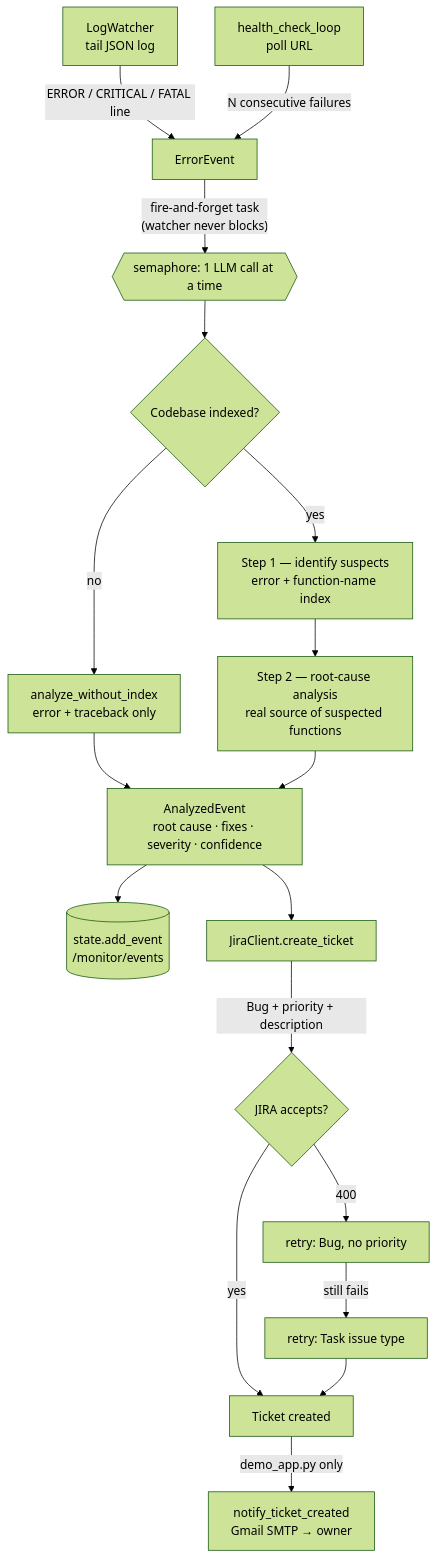
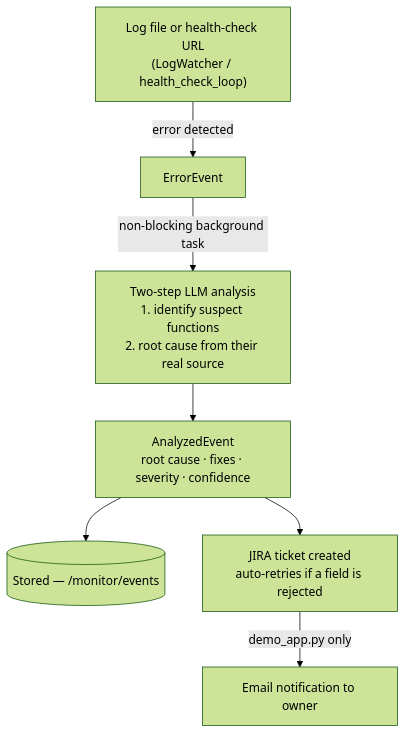
One commit to Nishikant090/debug-pipeline- changed the diagram in README.md. Above: the diagram before and after it, drawn with Mermaid (forest theme).

Commit message:
Simplify architecture diagram to the essential chain

````diff
--- a/README.md
+++ b/README.md
@@ -14,27 +14,13 @@
 ```mermaid
 flowchart TD
-    LW[LogWatcher<br/>tail JSON log] -->|ERROR / CRITICAL / FATAL line| EE[ErrorEvent]
-    HC[health_check_loop<br/>poll URL] -->|N consecutive failures| EE
+    MON["Log file or health-check URL<br/>(LogWatcher / health_check_loop)"] -->|error detected| EE[ErrorEvent]
 
-    EE -->|"fire-and-forget task<br/>(watcher never blocks)"| SEM{{semaphore: 1 LLM call at a time}}
-    SEM --> IDXCHECK{Codebase indexed?}
+    EE -->|"non-blocking background task"| TSA["Two-step LLM analysis<br/>1. identify suspect functions<br/>2. root cause from their real source"]
 
-    IDXCHECK -->|yes| S1[Step 1 — identify suspects<br/>error + function-name index]
-    IDXCHECK -->|no| S1B[analyze_without_index<br/>error + traceback only]
+    TSA --> RESULT[AnalyzedEvent<br/>root cause · fixes · severity · confidence]
 
-    S1 --> S2[Step 2 — root-cause analysis<br/>real source of suspected functions]
-    S1B --> RESULT
+    RESULT --> STORE[(Stored — /monitor/events)]
+    RESULT --> JIRA["JIRA ticket created<br/>auto-retries if a field is rejected"]
 
-    S2 --> RESULT[AnalyzedEvent<br/>root cause · fixes · severity · confidence]
-
-    RESULT --> STORE[(state.add_event<br/>/monitor/events)]
-    RESULT --> JIRA[JiraClient.create_ticket]
-
-    JIRA -->|Bug + priority + description| T1{JIRA accepts?}
-    T1 -->|yes| TICKET[Ticket created]
-    T1 -->|400| T2[retry: Bug, no priority]
-    T2 -->|still fails| T3[retry: Task issue type]
-    T3 --> TICKET
-
-    TICKET -->|demo_app.py only| EMAIL[notify_ticket_created<br/>Gmail SMTP → owner]
+    JIRA -->|demo_app.py only| EMAIL[Email notification to owner]
 ```
````
